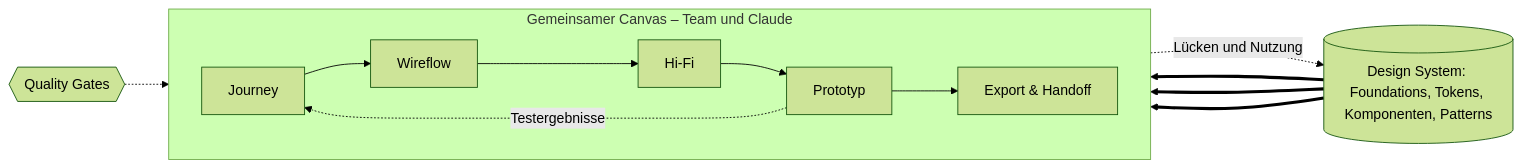
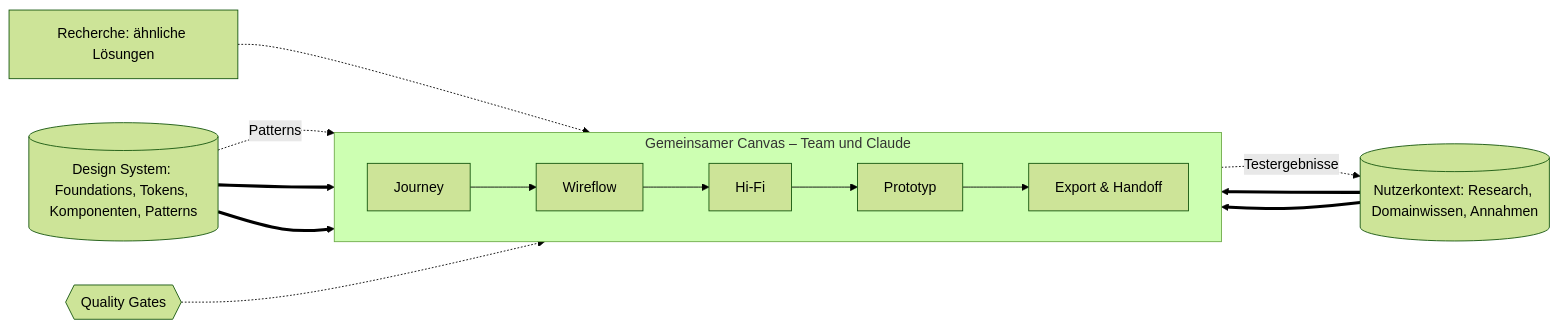
Before and after one commit to Arcade1080/awesome-uxe: the first of 5 diagrams in concepts/wireflow-studio/README.md, drawn with Mermaid (forest theme). The commit also changed other lines of this file and 2 other files, not shown here.

First line of the commit message:
Konzept: Nutzerkontext als Kern, Research und Innovation

````diff
--- a/concepts/wireflow-studio/README.md
+++ b/concepts/wireflow-studio/README.md
@@ -120,14 +125,18 @@
 ```mermaid
 flowchart LR
+  K[("Nutzerkontext: Research, Domainwissen, Annahmen")]
   subgraph C["Gemeinsamer Canvas – Team und Claude"]
     direction LR
     J["Journey"] --> W["Wireflow"] --> H["Hi-Fi"] --> P["Prototyp"] --> X["Export & Handoff"]
   end
   DS[("Design System: Foundations, Tokens, Komponenten, Patterns")]
-  DS ==> W
+  R["Recherche: ähnliche Lösungen"]
+  K ==> J
+  K ==> W
+  R -.-> W
+  DS -. "Patterns" .-> W
   DS ==> H
   DS ==> P
-  H -. "Lücken und Nutzung" .-> DS
-  P -. "Testergebnisse" .-> J
+  P -. "Testergebnisse" .-> K
   Q{{"Quality Gates"}} -.-> H
 ```
````
